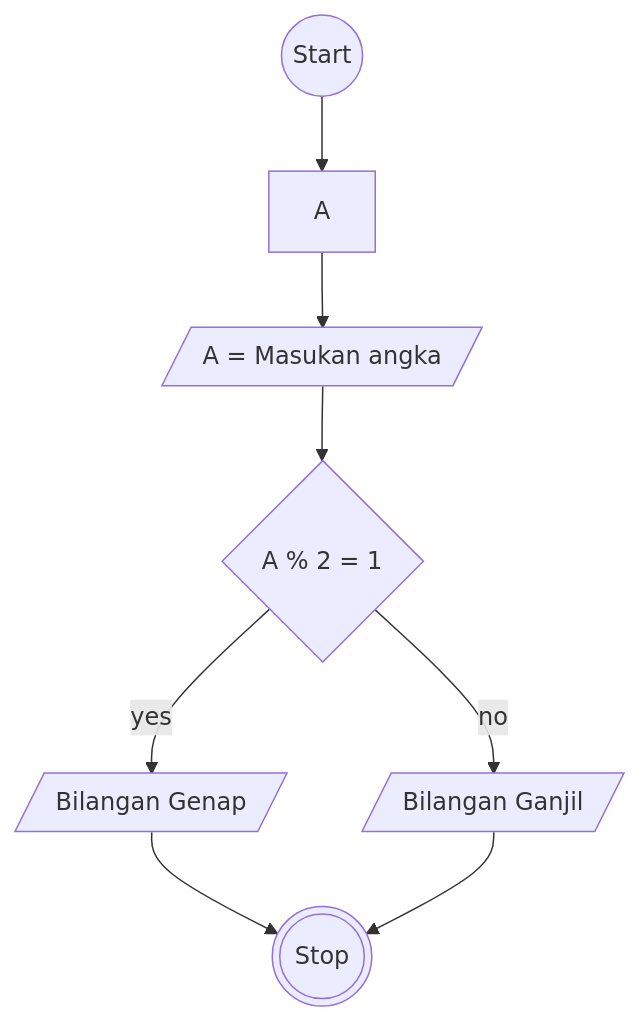
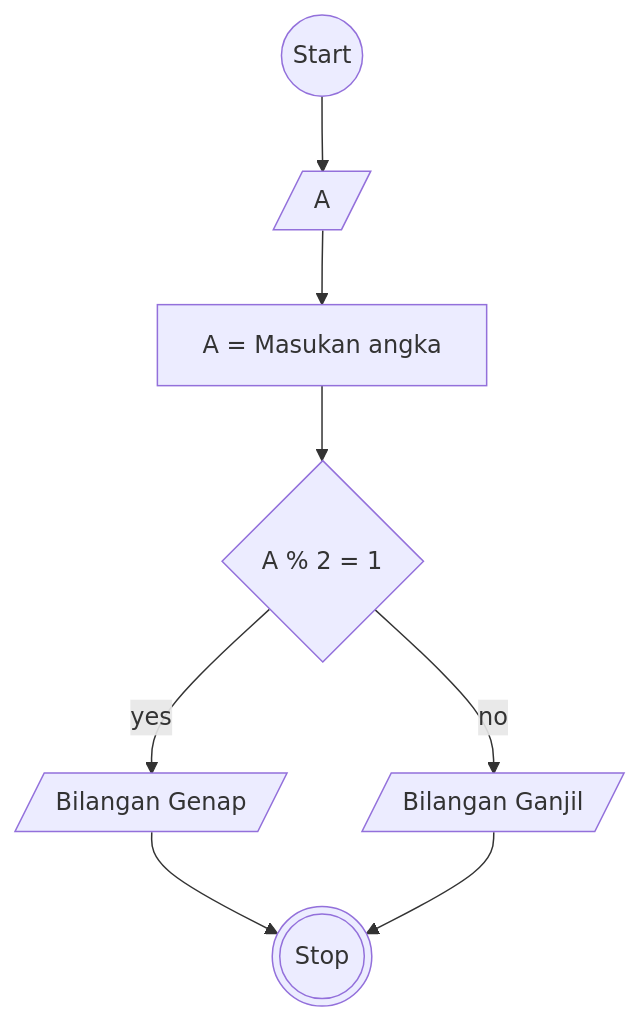
One commit to Vincentius31/koda-b6-algoritma changed the diagram in flowchart-ganjil-genap.md. Above: the diagram before and after it, drawn with Mermaid.

````diff
--- a/flowchart-ganjil-genap.md
+++ b/flowchart-ganjil-genap.md
@@ -1,16 +1,15 @@
 ```mermaid
 flowchart TD
     id1((Start))
-    id2["A"]
-    id3[/"A = Masukan angka"/]
+    id2[/"A"/]
+    id3["A = Masukan angka"]
     id4{A % 2 = 1}
     id5[/Bilangan Genap/]
     id6[/Bilangan Ganjil/]
     id7(((Stop)))
 
 
     id1 --> id2 --> id3 --> id4 -- yes --> id5
     id4 -- no --> id6
     id5 & id6 --> id7
-
 ```
````
